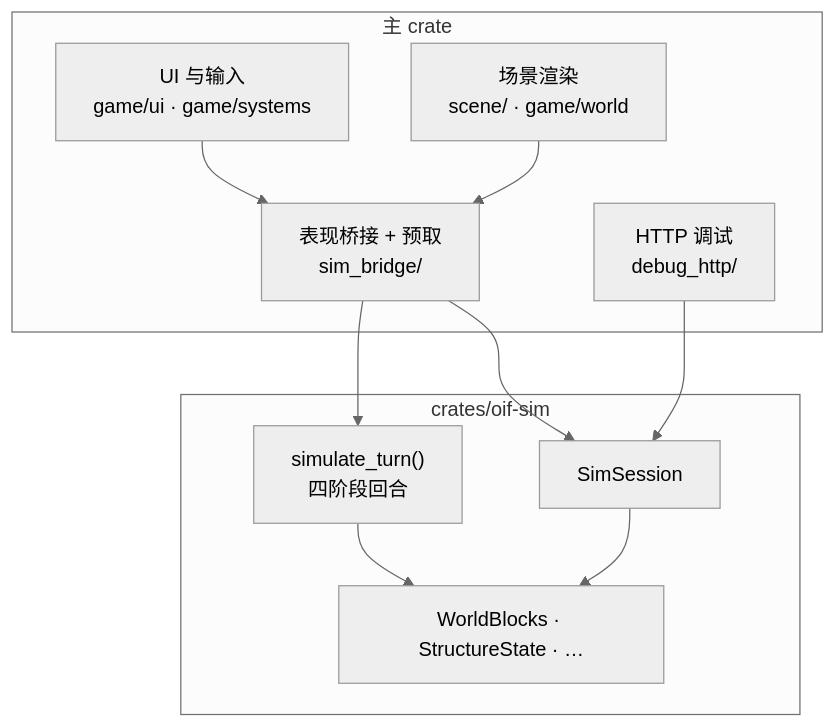
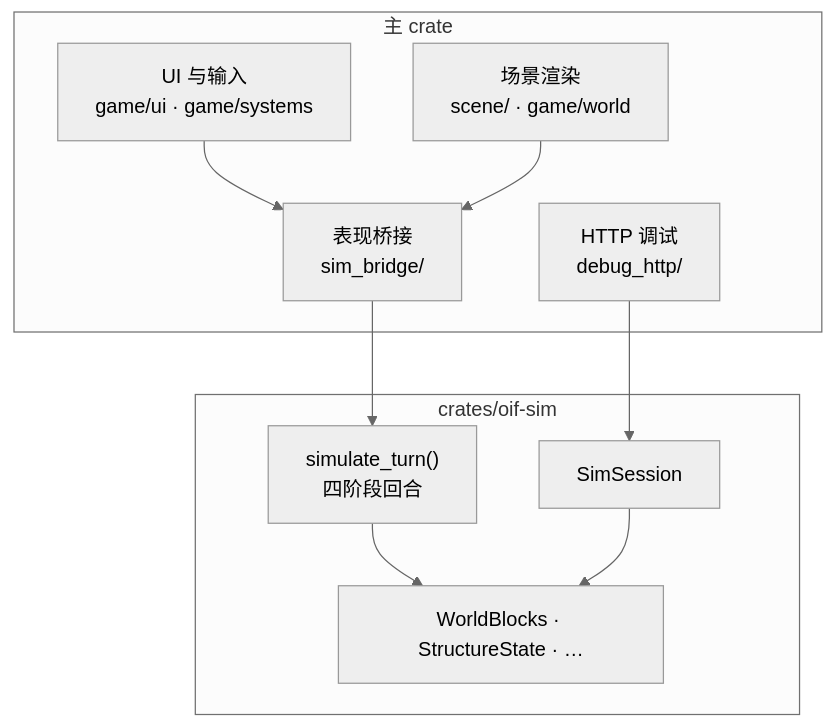
One commit to PlutoCRown/OpenInfiniFactory changed the diagram in README.md. Above: the diagram before and after it, drawn with Mermaid (neutral theme). The commit also changed other lines of this file and 43 other files, not shown here.

````diff
--- a/README.md
+++ b/README.md
@@ -62,23 +62,22 @@
 ```mermaid
 flowchart TB
     subgraph runtime["主 crate"]
         UI["UI 与输入<br/>game/ui · game/systems"]
         Render["场景渲染<br/>scene/ · game/world"]
-        Bridge["表现桥接 + 预取<br/>sim_bridge/"]
+        Bridge["表现桥接<br/>sim_bridge/"]
         HTTP["HTTP 调试<br/>debug_http/"]
     end
 
     subgraph core["crates/oif-sim"]
         SimTurn["simulate_turn()<br/>四阶段回合"]
         Session["SimSession"]
         State["WorldBlocks · StructureState · …"]
     end
 
     UI --> Bridge
     Render --> Bridge
     Bridge --> SimTurn
-    Bridge --> Session
     HTTP --> Session
     SimTurn --> State
     Session --> State
 ```
````
